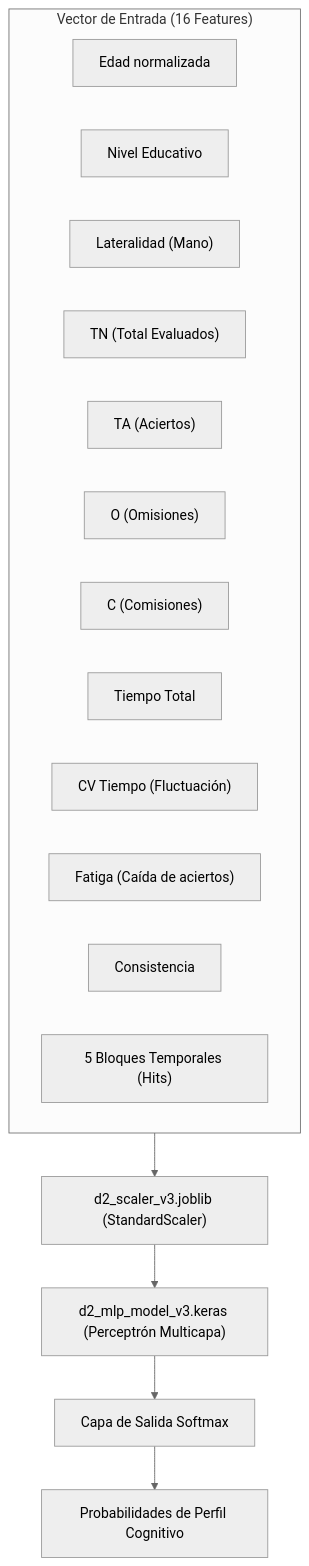
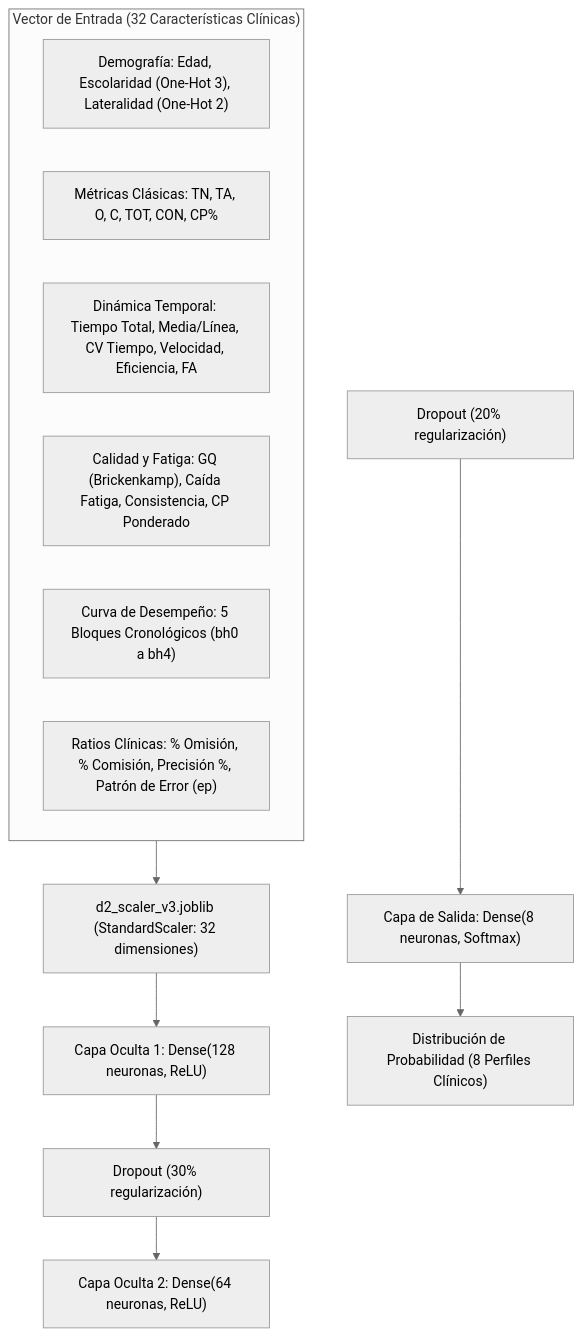
One commit to dillanino05-create/PRLC_PROFESSIONAL_WEB changed the diagram in obsidian_vault/03 - Backend y Modelos de Inteligencia Artificial.md. Above: the diagram before and after it, drawn with Mermaid (neutral theme). The commit also changed other lines of this file, not shown here.

Commit message:
docs(vault): update 03 with exact 32-feature MLP math formulation and 8 profiles

````diff
--- a/obsidian_vault/03 - Backend y Modelos de Inteligencia Artificial.md
+++ b/obsidian_vault/03 - Backend y Modelos de Inteligencia Artificial.md
@@ -24,26 +24,25 @@
 ```mermaid
 flowchart TD
-    subgraph Vector_Entrada["Vector de Entrada (16 Features)"]
-        F1["Edad normalizada"]
-        F2["Nivel Educativo"]
-        F3["Lateralidad (Mano)"]
-        F4["TN (Total Evaluados)"]
-        F5["TA (Aciertos)"]
-        F6["O (Omisiones)"]
-        F7["C (Comisiones)"]
-        F8["Tiempo Total"]
-        F9["CV Tiempo (Fluctuación)"]
-        F10["Fatiga (Caída de aciertos)"]
-        F11["Consistencia"]
-        F12["5 Bloques Temporales (Hits)"]
+    subgraph Vector_Entrada["Vector de Entrada (32 Características Clínicas)"]
+        F1["Demografía: Edad, Escolaridad (One-Hot 3), Lateralidad (One-Hot 2)"]
+        F2["Métricas Clásicas: TN, TA, O, C, TOT, CON, CP%"]
+        F3["Dinámica Temporal: Tiempo Total, Media/Línea, CV Tiempo, Velocidad, Eficiencia, FA"]
+        F4["Calidad y Fatiga: GQ (Brickenkamp), Caída Fatiga, Consistencia, CP Ponderado"]
+        F5["Curva de Desempeño: 5 Bloques Cronológicos (bh0 a bh4)"]
+        F6["Ratios Clínicas: % Omisión, % Comisión, Precisión %, Patrón de Error (ep)"]
     end
 
-    Scaler["d2_scaler_v3.joblib (StandardScaler)"]
-    MLP["d2_mlp_model_v3.keras (Perceptrón Multicapa)"]
-    Softmax["Capa de Salida Softmax"]
+    Scaler["d2_scaler_v3.joblib (StandardScaler: 32 dimensiones)"]
+    L1["Capa Oculta 1: Dense(128 neuronas, ReLU)"]
+    D1["Dropout (30% regularización)"]
+    L2["Capa Oculta 2: Dense(64 neuronas, ReLU)"]
+    D2["Dropout (20% regularización)"]
+    Softmax["Capa de Salida: Dense(8 neuronas, Softmax)"]
 
     Vector_Entrada --> Scaler
-    Scaler --> MLP
-    MLP --> Softmax
-    Softmax --> Perfiles["Probabilidades de Perfil Cognitivo"]
+    Scaler --> L1
+    L1 --> D1
+    D1 --> L2
+    D2 --> Softmax
+    Softmax --> Perfiles["Distribución de Probabilidad (8 Perfiles Clínicos)"]
 ```
````
